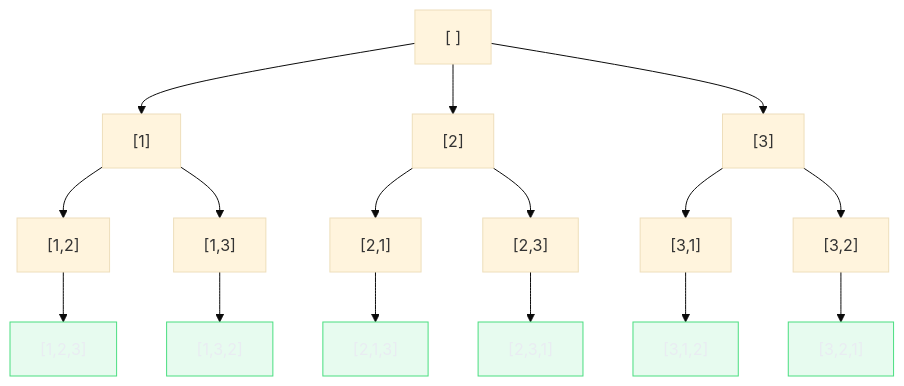
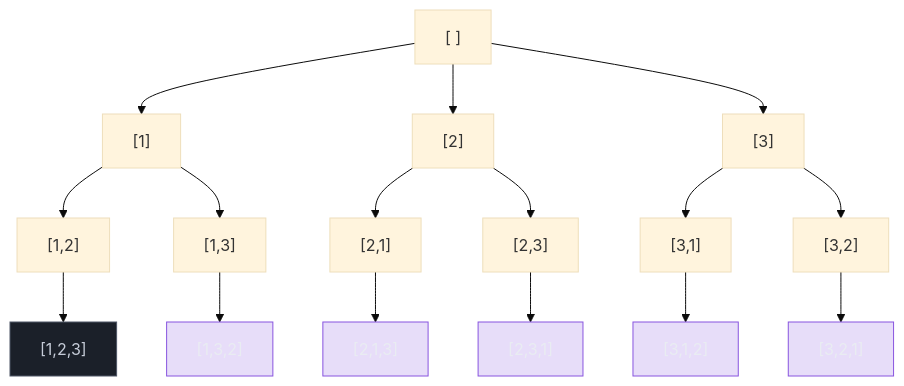
Before and after one commit to josenaldo/codex-technomanticus: the fourth of 6 diagrams in 03-Dominios/Ciência/Algoritmos/12 - Backtracking.md, drawn with Mermaid (base theme). The commit also changed other lines of this file and 601 other files, not shown here.

````diff
--- a/03-Dominios/Ciência/Algoritmos/12 - Backtracking.md
+++ b/03-Dominios/Ciência/Algoritmos/12 - Backtracking.md
@@ -194,26 +193,27 @@
 ```mermaid
 flowchart TD
-    classDef ok fill:#4ADE8021,stroke:#4ADE80,color:#E9ECF2
+    classDef marca fill:#8855DF33,stroke:#8855DF,color:#E9ECF2
+    classDef neutro fill:#1B2029,stroke:#4E5666,color:#C6CCD8
     R["[ ]"] --> A1["[1]"]
     R --> A2["[2]"]
     R --> A3["[3]"]
     A1 --> B12["[1,2]"]
     A1 --> B13["[1,3]"]
     A2 --> B21["[2,1]"]
     A2 --> B23["[2,3]"]
     A3 --> B31["[3,1]"]
     A3 --> B32["[3,2]"]
     B12 --> C123["[1,2,3]"]
     B13 --> C132["[1,3,2]"]
     B21 --> C213["[2,1,3]"]
     B23 --> C231["[2,3,1]"]
     B31 --> C312["[3,1,2]"]
     B32 --> C321["[3,2,1]"]
 
-    class C123 ok
-    class C132 ok
-    class C213 ok
-    class C231 ok
-    class C312 ok
-    class C321 ok
+    class C123 neutro
+    class C132 marca
+    class C213 marca
+    class C231 marca
+    class C312 marca
+    class C321 marca
 ```
````
